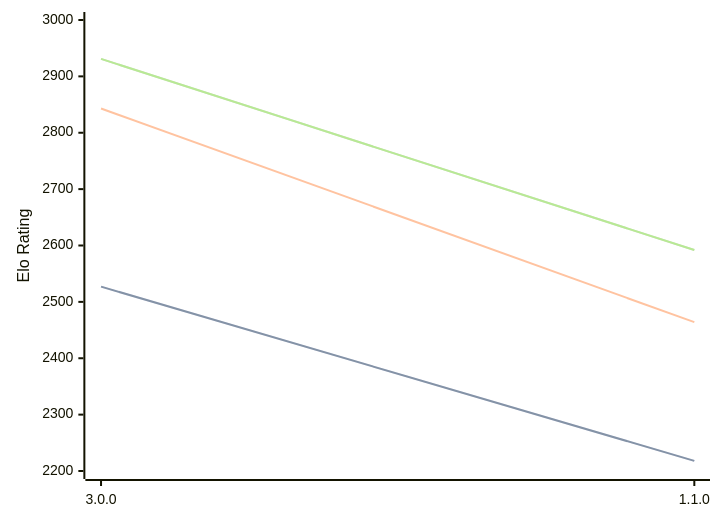
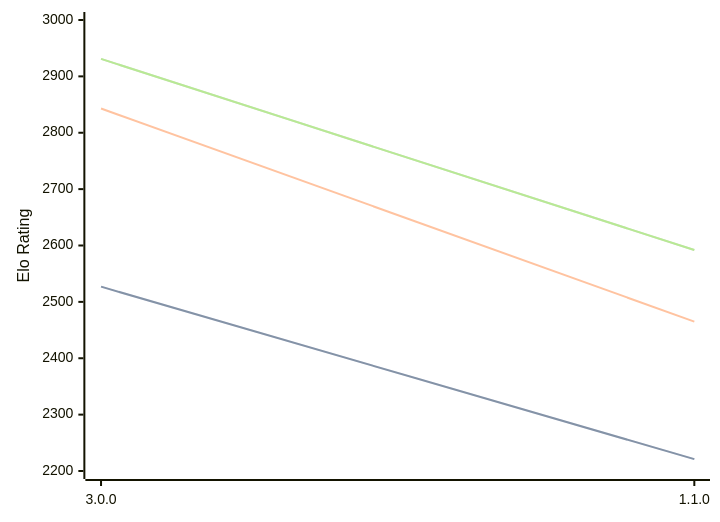
One commit to computer-chess-index/cci changed the first of 3 diagrams in engines/Potential.md. Above: the diagram before and after it, drawn with Mermaid. The commit also changed other lines of this file, not shown here.

````diff
--- a/engines/Potential.md
+++ b/engines/Potential.md
@@ -34,11 +34,11 @@
 ```mermaid
 %%{init: {"theme":"base","themeVariables":{"seriesColors:['#a3a3a3','#222221','#faa371']}}}%%
 xychart-beta
   x-axis ["3.0.0", "1.1.0"]
   y-axis "Elo Rating" 2200 --> 3000
-  line "STC (8.0+0.08s)" [2527, 2218]
-  line "STC (8.0+0.08s)" [2527, 2218]
-  line "LTC (60.0+0.60s)" [2843, 2464]
+  line "STC (8.0+0.08s)" [2527, 2221]
+  line "STC (8.0+0.08s)" [2527, 2221]
+  line "LTC (60.0+0.60s)" [2843, 2465]
   line "VLTC (2m24s+1.12s)" [2931, 2592]
   line "VLTC (2m24s+1.12s)" [2931, 2592]
 ```
````
